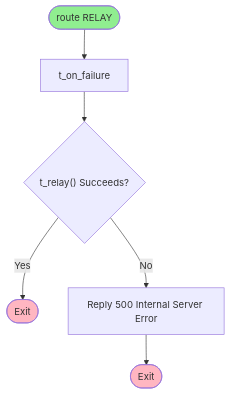
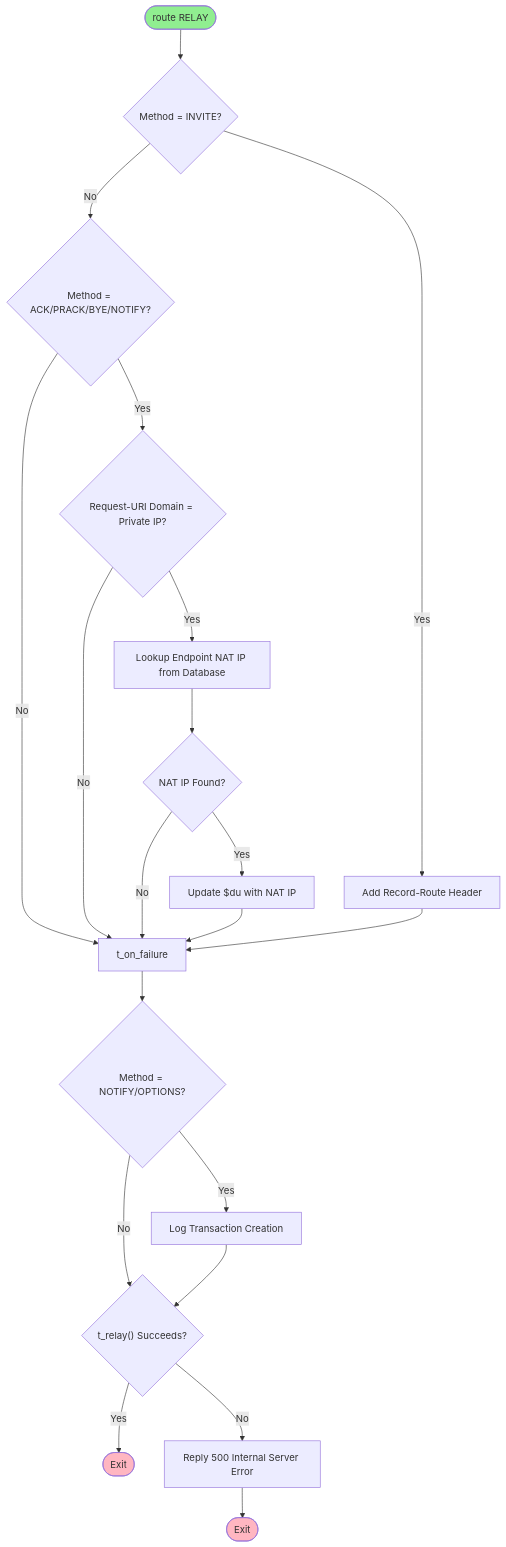
Before and after one commit to aelintra/pbx3sbc: the eighth of 13 diagrams in docs/OPENSIPS-LOGIC-DIAGRAM.md, drawn with Mermaid. The commit also changed other lines of this file and 1 other file, not shown here.

First line of the commit message:
Update documentation: repurpose Kamailio docs and update logic diagrams

````diff
--- a/docs/OPENSIPS-LOGIC-DIAGRAM.md
+++ b/docs/OPENSIPS-LOGIC-DIAGRAM.md
@@ -242,12 +253,26 @@
 ```mermaid
 flowchart TD
-    Start([route RELAY]) --> ArmFailure[t_on_failure]
-    ArmFailure --> Relay{"t_relay() Succeeds?"}
+    Start([route RELAY]) --> CheckINVITE{"Method = INVITE?"}
+    CheckINVITE -->|Yes| RecordRoute[Add Record-Route Header]
+    CheckINVITE -->|No| CheckACKPRACK{"Method = ACK/PRACK/BYE/NOTIFY?"}
+    CheckACKPRACK -->|Yes| CheckPrivateIP{Request-URI Domain = Private IP?}
+    CheckACKPRACK -->|No| ArmFailure1[t_on_failure]
+    CheckPrivateIP -->|Yes| LookupNATIP[Lookup Endpoint NAT IP from Database]
+    CheckPrivateIP -->|No| ArmFailure1
+    LookupNATIP --> FoundNATIP{NAT IP Found?}
+    FoundNATIP -->|Yes| UpdateDU[Update $du with NAT IP]
+    FoundNATIP -->|No| ArmFailure1
+    UpdateDU --> ArmFailure1
+    RecordRoute --> ArmFailure1
+    ArmFailure1 --> CheckNOTIFY{"Method = NOTIFY/OPTIONS?"}
+    CheckNOTIFY -->|Yes| LogTransaction[Log Transaction Creation]
+    CheckNOTIFY -->|No| Relay{"t_relay() Succeeds?"}
+    LogTransaction --> Relay
     Relay -->|Yes| End1([Exit])
     Relay -->|No| Reply500[Reply 500 Internal Server Error]
     Reply500 --> End2([Exit])
     
     style Start fill:#90EE90
     style End1 fill:#FFB6C1
     style End2 fill:#FFB6C1
 ```
````
